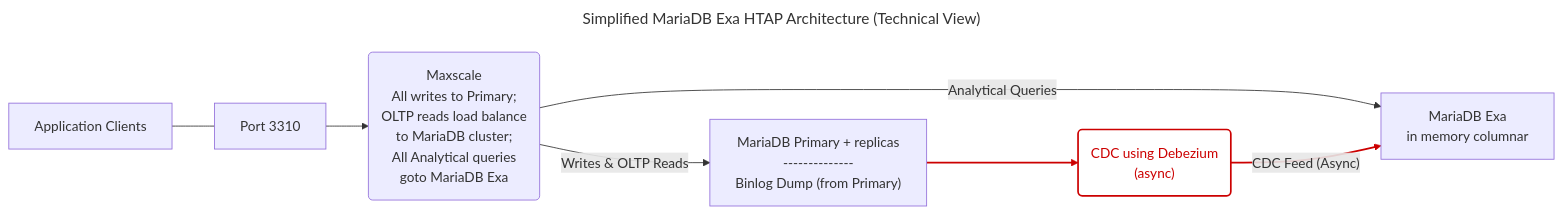
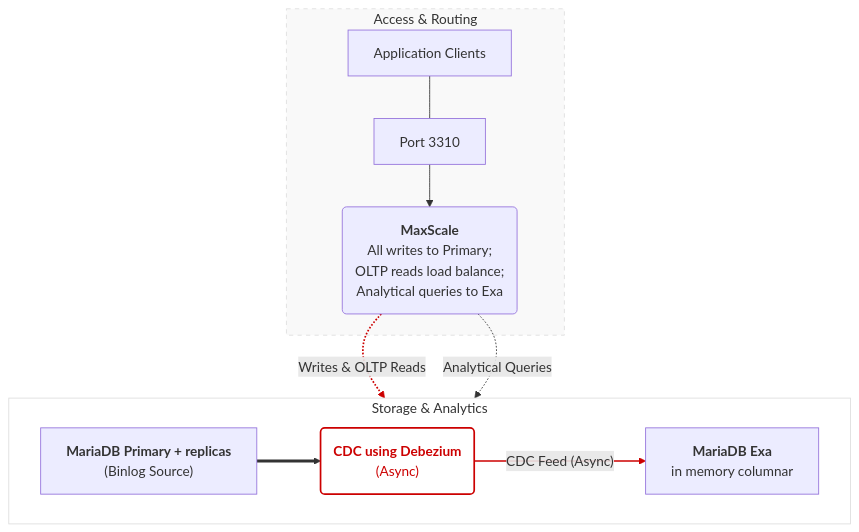
The diagram in mariadb-cloud/quickstart/htap-mariadb-exa.md (rusher/mariadb-docs), drawn with Mermaid before and after one commit.

Commit message:
GITBOOK-176: docs-6061

````diff
--- a/mariadb-cloud/quickstart/htap-mariadb-exa.md
+++ b/mariadb-cloud/quickstart/htap-mariadb-exa.md
@@ -21,35 +21,35 @@
 ```mermaid
----
-title: Simplified MariaDB Exa HTAP Architecture (Technical View)
----
-graph LR
-    %% Node Definitions
-    App[Application Clients]
-    Port["Port 3310"]
-    
-    MS("Maxscale<br/>All writes to Primary;<br/>OLTP reads load balance<br/>to MariaDB cluster;<br/>All Analytical queries<br/>goto MariaDB Exa")
-    
-    DB_Primary["MariaDB Primary + replicas<br/>--------------<br/>Binlog Dump (from Primary)"]
-    
-    CDC("CDC using Debezium<br/>(async)")
-    
-    EXA["MariaDB Exa<br/>in memory columnar"]
+graph TD
+    %% Row 1: Access & Routing
+    subgraph Routing_Layer [Access & Routing]
+        App[Application Clients] --- Port["Port 3310"]
+        Port --> MS("<b>MaxScale</b><br/>All writes to Primary;<br/>OLTP reads load balance;<br/>Analytical queries to Exa")
+    end
 
-    %% Connections
-    App --- Port
-    Port --> MS
-    
-    MS -->|"Writes & OLTP Reads"| DB_Primary
-    MS -->|"Analytical Queries"| EXA
-    
-    %% CDC Flow
-    DB_Primary ==> CDC
-    CDC == "CDC Feed (Async)" ==> EXA
+    %% Row 2: Storage & Sync
+    subgraph Engine_Layer [Storage & Analytics]
+        direction LR
+        DB_Primary["<b>MariaDB Primary + replicas</b><br/>(Binlog Source)"]
+        
+        %% CDC Flow (Middle of Row 2)
+        DB_Primary ==> CDC("<b>CDC using Debezium</b><br/>(Async)")
+        
+        CDC == "CDC Feed (Async)" ==> EXA["<b>MariaDB Exa</b><br/>in memory columnar"]
+    end
+
+    %% Connections between Rows
+    MS -.->|"Writes & OLTP Reads"| DB_Primary
+    MS -.->|"Analytical Queries"| EXA
 
     %% Styling
     classDef redNode fill:#fff,stroke:#cc0000,stroke-width:2px,color:#cc0000;
     class CDC redNode;
     
+    %% Red lines for CDC flow
+    linkStyle 3 stroke:#cc0000,stroke-width:2px;
     linkStyle 4 stroke:#cc0000,stroke-width:2px;
-    linkStyle 5 stroke:#cc0000,stroke-width:2px;
+    
+    %% Style subgraphs to be subtle
+    style Routing_Layer fill:#f9f9f9,stroke:#ddd,stroke-dasharray: 5 5
+    style Engine_Layer fill:#fff,stroke:#ddd
 ```
````
